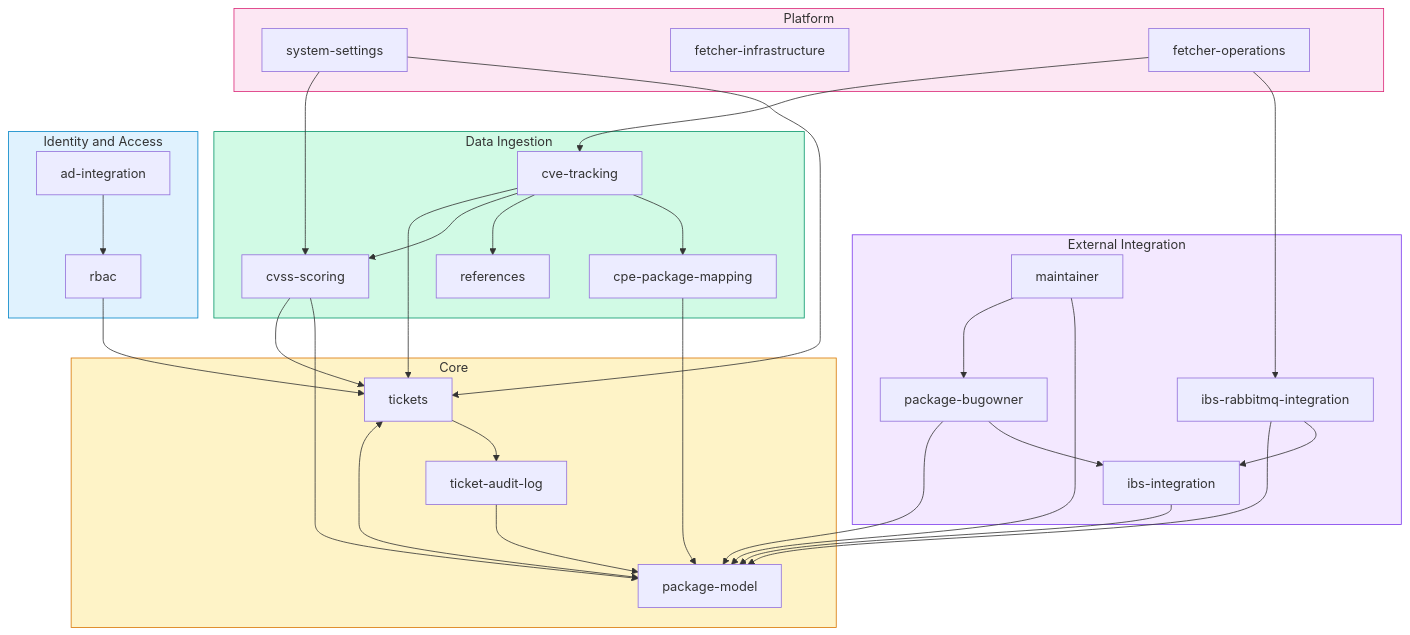
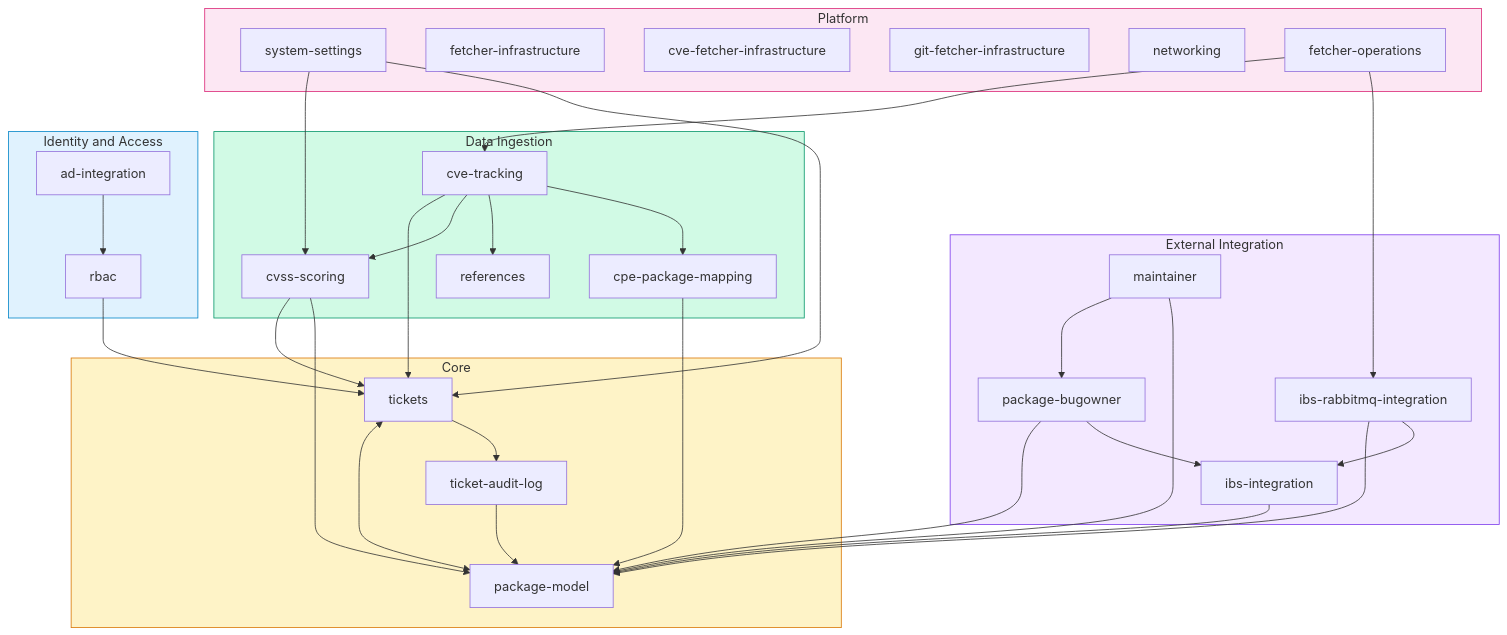
The seventh of 7 diagrams in docs/system-map.md (StayPirate/STAMP), drawn with Mermaid before and after one commit. The commit also changed other lines of this file and 29 other files, not shown here.

````diff
--- a/docs/system-map.md
+++ b/docs/system-map.md
@@ -685,74 +685,77 @@
 ```mermaid
 flowchart TD
     subgraph core["Core"]
         TICKETS["tickets"]
         HISTORY["ticket-audit-log"]
         PKG["package-model"]
     end
 
     subgraph ingestion["Data Ingestion"]
         CVE["cve-tracking"]
         CVSS["cvss-scoring"]
         REFS["references"]
         CPE_MAP["cpe-package-mapping"]
     end
 
     subgraph integration["External Integration"]
         OBS["ibs-integration"]
         RABBIT["ibs-rabbitmq-integration"]
         BUGOWNER["package-bugowner"]
         MAINT["maintainer"]
     end
 
     subgraph identity["Identity and Access"]
         ADI["ad-integration"]
         RBAC["rbac"]
     end
 
     subgraph platform["Platform"]
         SETTINGS["system-settings"]
         FETCHER_INFRA["fetcher-infrastructure"]
+        CVE_FETCHER_INFRA["cve-fetcher-infrastructure"]
+        GIT_FETCHER_INFRA["git-fetcher-infrastructure"]
+        NETWORKING["networking"]
         FETCHER["fetcher-operations"]
     end
 
     %% Core internal links
     TICKETS <--> PKG
     TICKETS --> HISTORY
 
     %% Ingestion → Core
     CVE --> TICKETS
     CVE --> CVSS
     CVE --> REFS
     CVE --> CPE_MAP
     CPE_MAP --> PKG
     CVSS --> TICKETS
     CVSS --> PKG
 
     %% Integration → Core
     OBS --> PKG
     RABBIT --> PKG
     RABBIT --> OBS
     BUGOWNER --> PKG
     BUGOWNER --> OBS
     MAINT --> BUGOWNER
     MAINT --> PKG
 
     %% Identity → Core
     ADI --> RBAC
     RBAC --> TICKETS
 
     %% Platform → everything
     SETTINGS --> CVSS
     SETTINGS --> TICKETS
     FETCHER --> CVE
     FETCHER --> RABBIT
 
     %% History links
     HISTORY --> PKG
 
     style core fill:#fef3c7,stroke:#d97706
     style ingestion fill:#d1fae5,stroke:#059669
     style integration fill:#f3e8ff,stroke:#7c3aed
     style identity fill:#e0f2fe,stroke:#0284c7
     style platform fill:#fce7f3,stroke:#db2777
 ```
````
